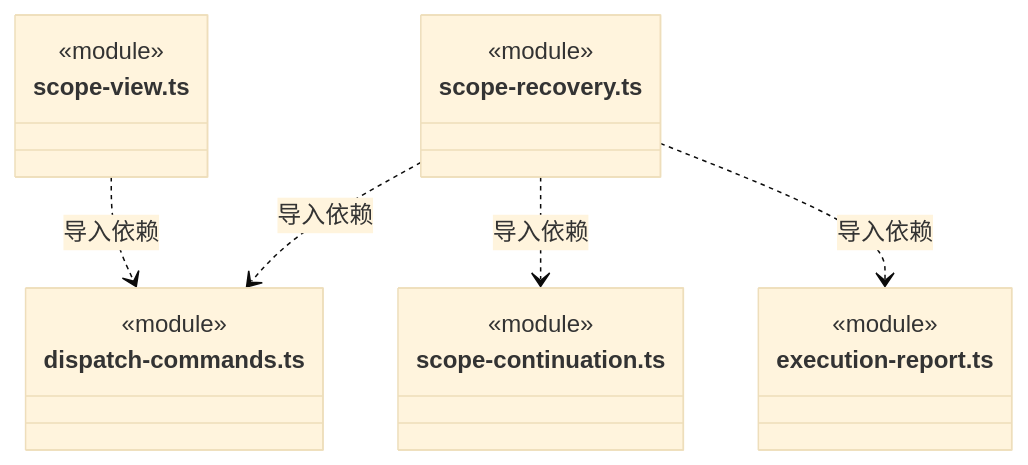
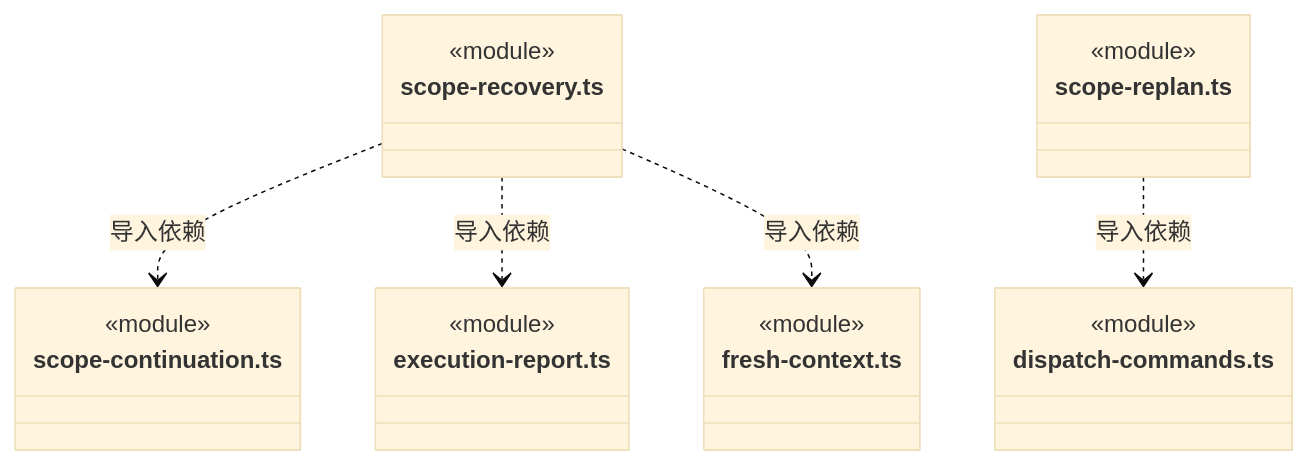
Before and after one commit to nan023062/cbim: diagram 52 of 56 in src/backend/core/tasks/ARCHITECTURE.md, drawn with Mermaid (base theme). The commit also changed other lines of this file and 53 other files, not shown here.

````diff
--- a/src/backend/core/tasks/ARCHITECTURE.md
+++ b/src/backend/core/tasks/ARCHITECTURE.md
@@ -1196,22 +1307,25 @@
 ```mermaid
 classDiagram
 class N_src_backend_core_tasks_scope_recovery_ts["scope-recovery.ts"] {
-  <<module>>
-}
-class N_src_backend_core_tasks_dispatch_commands_ts["dispatch-commands.ts"] {
   <<module>>
 }
 class N_src_backend_core_tasks_scope_continuation_ts["scope-continuation.ts"] {
   <<module>>
 }
 class N_src_backend_core_tasks_execution_report_ts["execution-report.ts"] {
   <<module>>
 }
-class N_src_backend_core_tasks_scope_view_ts["scope-view.ts"] {
+class N_src_backend_core_tasks_fresh_context_ts["fresh-context.ts"] {
   <<module>>
 }
-N_src_backend_core_tasks_scope_recovery_ts ..> N_src_backend_core_tasks_dispatch_commands_ts : 导入依赖
+class N_src_backend_core_tasks_scope_replan_ts["scope-replan.ts"] {
+  <<module>>
+}
+class N_src_backend_core_tasks_dispatch_commands_ts["dispatch-commands.ts"] {
+  <<module>>
+}
 N_src_backend_core_tasks_scope_recovery_ts ..> N_src_backend_core_tasks_scope_continuation_ts : 导入依赖
 N_src_backend_core_tasks_scope_recovery_ts ..> N_src_backend_core_tasks_execution_report_ts : 导入依赖
-N_src_backend_core_tasks_scope_view_ts ..> N_src_backend_core_tasks_dispatch_commands_ts : 导入依赖
+N_src_backend_core_tasks_scope_recovery_ts ..> N_src_backend_core_tasks_fresh_context_ts : 导入依赖
+N_src_backend_core_tasks_scope_replan_ts ..> N_src_backend_core_tasks_dispatch_commands_ts : 导入依赖
 ```
````
